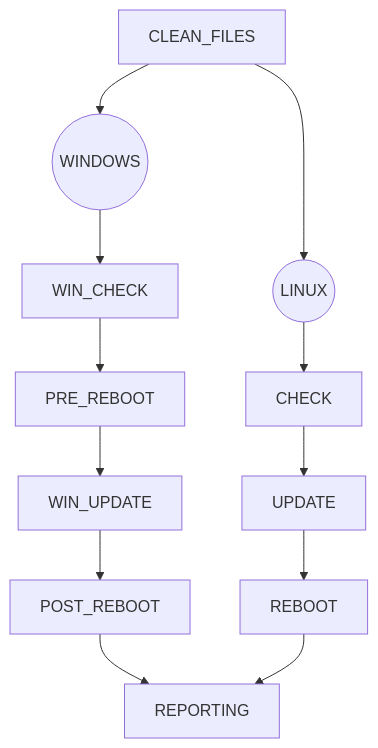
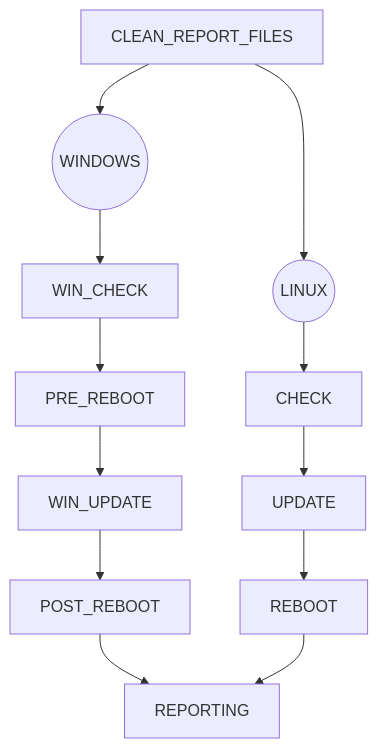
The diagram in README.md (kenybapin/ansible-sys-updates), drawn with Mermaid before and after one commit.

````diff
--- a/README.md
+++ b/README.md
@@ -12,9 +12,9 @@
 ```mermaid
 graph TD;
-    CLEAN_FILES-->id1((WINDOWS));
-    CLEAN_FILES-->id2((LINUX));
+    CLEAN_REPORT_FILES-->id1((WINDOWS));
+    CLEAN_REPORT_FILES-->id2((LINUX));
     id2((LINUX))-->CHECK-->UPDATE-->REBOOT;
     id1((WINDOWS))-->WIN_CHECK-->PRE_REBOOT-->WIN_UPDATE-->POST_REBOOT;
     POST_REBOOT-->REPORTING;
     REBOOT-->REPORTING;
 ```
````
